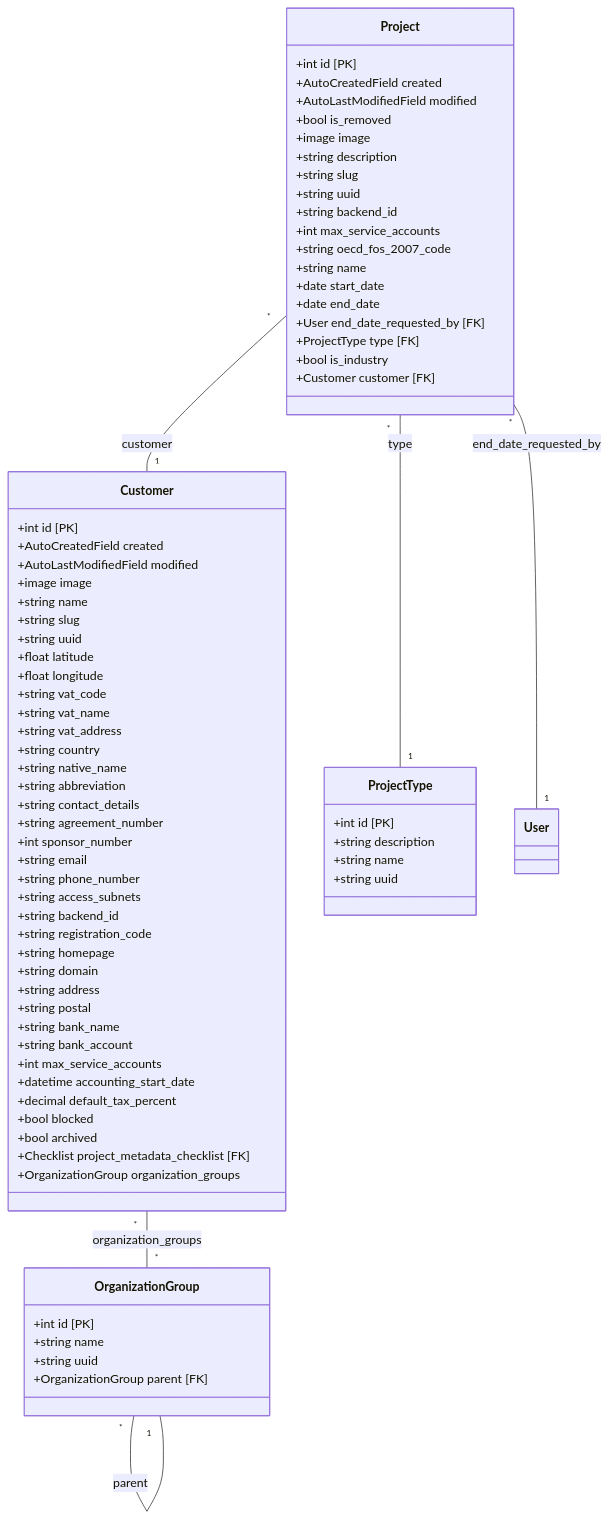
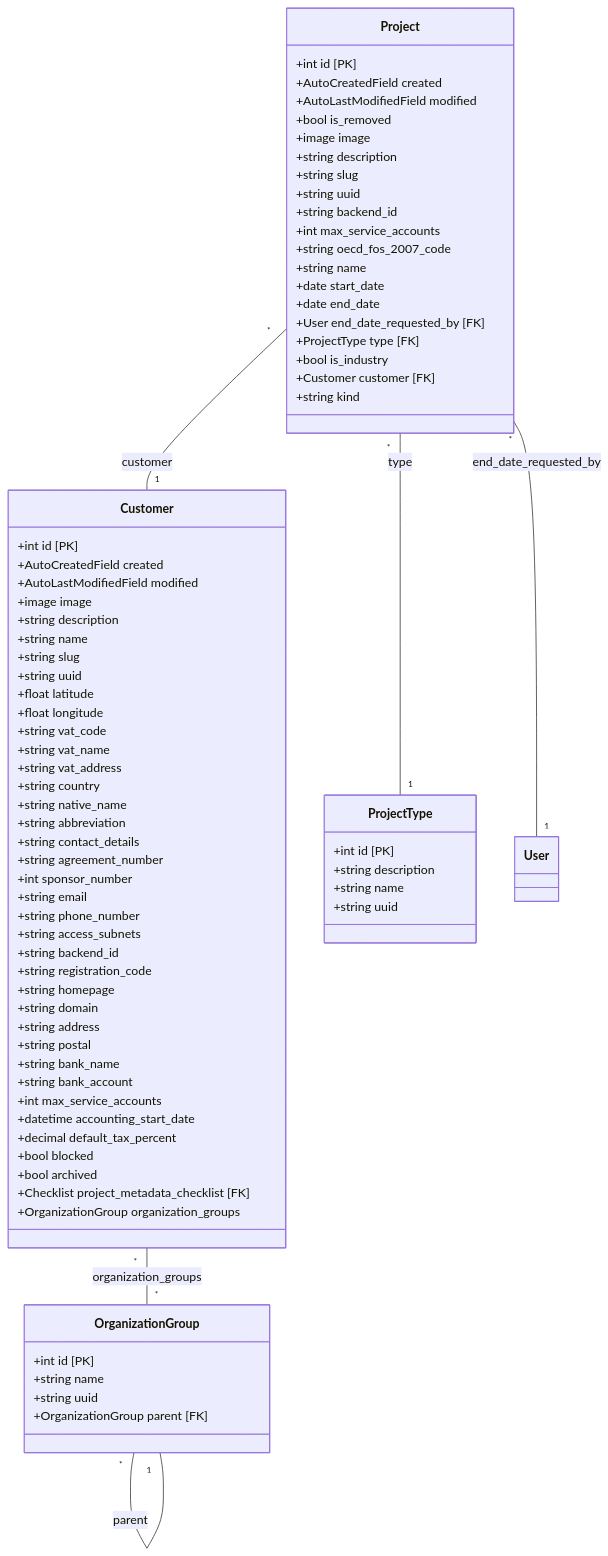
Before and after one commit to waldur/waldur-docs: the diagram in docs/developer-guide/core_structure.mmd, drawn with Mermaid. The commit also changed 2 other files, not shown here.

```diff
--- a/docs/developer-guide/core_structure.mmd
+++ b/docs/developer-guide/core_structure.mmd
@@ -1,77 +1,79 @@
 classDiagram
     direction TB
     class OrganizationGroup {
         +int id [PK]
         +string name
         +string uuid
         +OrganizationGroup parent [FK]
     }
     class Customer {
         +int id [PK]
         +AutoCreatedField created
         +AutoLastModifiedField modified
         +image image
+        +string description
         +string name
         +string slug
         +string uuid
         +float latitude
         +float longitude
         +string vat_code
         +string vat_name
         +string vat_address
         +string country
         +string native_name
         +string abbreviation
         +string contact_details
         +string agreement_number
         +int sponsor_number
         +string email
         +string phone_number
         +string access_subnets
         +string backend_id
         +string registration_code
         +string homepage
         +string domain
         +string address
         +string postal
         +string bank_name
         +string bank_account
         +int max_service_accounts
         +datetime accounting_start_date
         +decimal default_tax_percent
         +bool blocked
         +bool archived
         +Checklist project_metadata_checklist [FK]
         +OrganizationGroup organization_groups
     }
     class ProjectType {
         +int id [PK]
         +string description
         +string name
         +string uuid
     }
     class Project {
         +int id [PK]
         +AutoCreatedField created
         +AutoLastModifiedField modified
         +bool is_removed
         +image image
         +string description
         +string slug
         +string uuid
         +string backend_id
         +int max_service_accounts
         +string oecd_fos_2007_code
         +string name
         +date start_date
         +date end_date
         +User end_date_requested_by [FK]
         +ProjectType type [FK]
         +bool is_industry
         +Customer customer [FK]
+        +string kind
     }
     Customer "*" -- "*" OrganizationGroup : organization_groups
     OrganizationGroup "*" -- "1" OrganizationGroup : parent
     Project "*" -- "1" Customer : customer
     Project "*" -- "1" ProjectType : type
     Project "*" -- "1" User : end_date_requested_by
```
